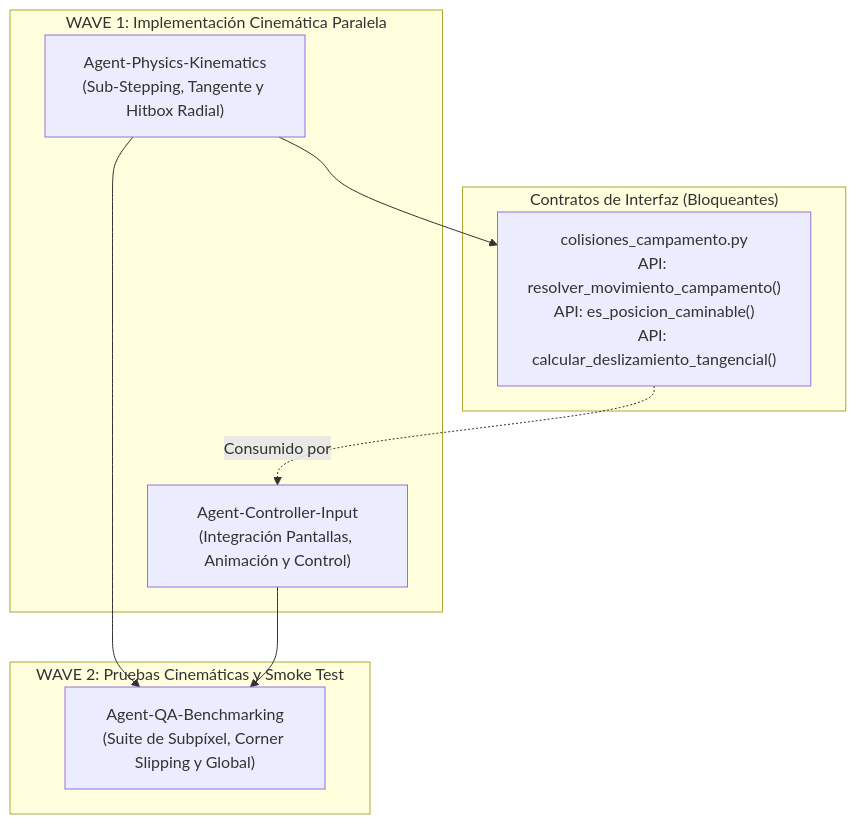
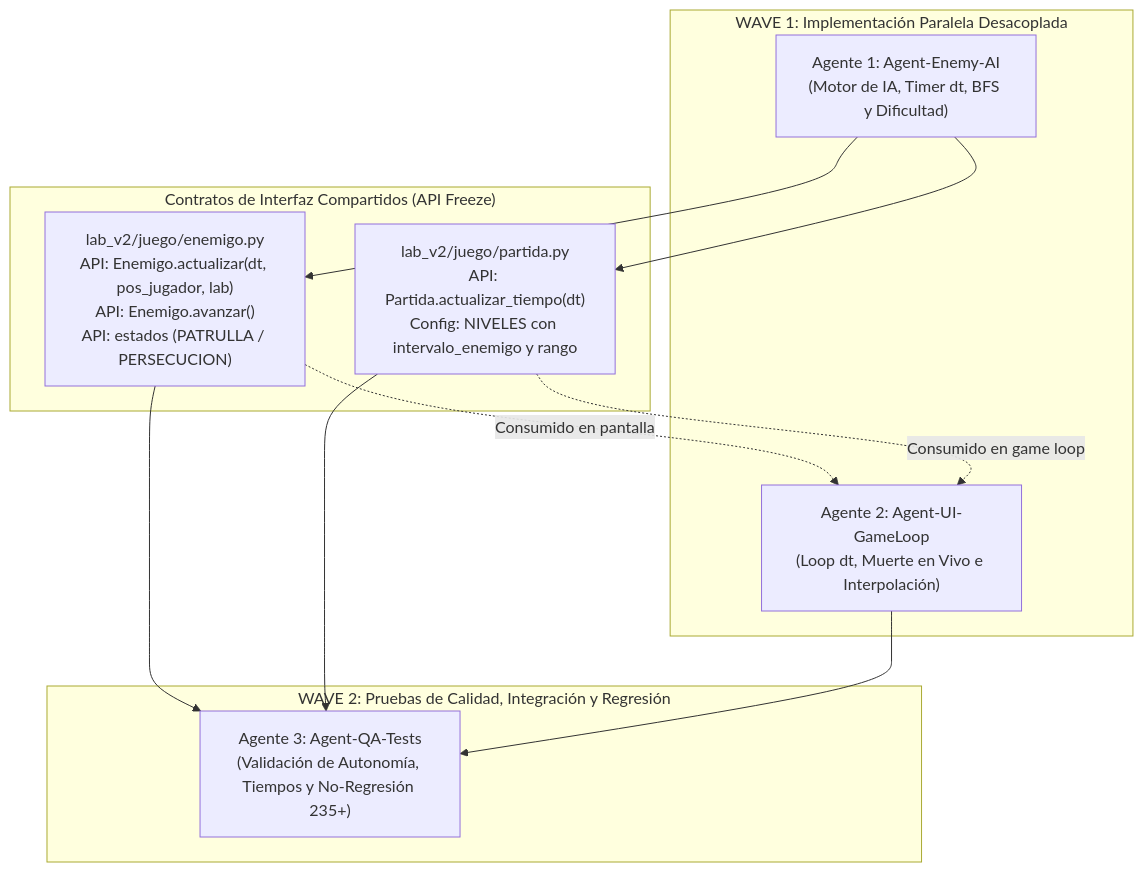
One commit to Montoyaescobar/Un-juego-sobre-un-laberinto changed the diagram in TASKS.md. Above: the diagram before and after it, drawn with Mermaid. The commit also changed other lines of this file and 15 other files, not shown here.

````diff
--- a/TASKS.md
+++ b/TASKS.md
@@ -18,20 +20,24 @@
 ```mermaid
 graph TD
-    subgraph "WAVE 1: Implementación Cinemática Paralela"
-        A1["Agent-Physics-Kinematics<br/>(Sub-Stepping, Tangente y Hitbox Radial)"]
-        A2["Agent-Controller-Input<br/>(Integración Pantallas, Animación y Control)"]
+    subgraph "WAVE 1: Implementación Paralela Desacoplada"
+        A1["Agente 1: Agent-Enemy-AI<br/>(Motor de IA, Timer dt, BFS y Dificultad)"]
+        A2["Agente 2: Agent-UI-GameLoop<br/>(Loop dt, Muerte en Vivo e Interpolación)"]
     end
 
-    subgraph "Contratos de Interfaz (Bloqueantes)"
-        C1["colisiones_campamento.py<br/>API: resolver_movimiento_campamento()<br/>API: es_posicion_caminable()<br/>API: calcular_deslizamiento_tangencial()"]
+    subgraph "Contratos de Interfaz Compartidos (API Freeze)"
+        C1["lab_v2/juego/enemigo.py<br/>API: Enemigo.actualizar(dt, pos_jugador, lab)<br/>API: Enemigo.avanzar()<br/>API: estados (PATRULLA / PERSECUCION)"]
+        C2["lab_v2/juego/partida.py<br/>API: Partida.actualizar_tiempo(dt)<br/>Config: NIVELES con intervalo_enemigo y rango"]
     end
 
-    subgraph "WAVE 2: Pruebas Cinemáticas y Smoke Test"
-        A3["Agent-QA-Benchmarking<br/>(Suite de Subpíxel, Corner Slipping y Global)"]
+    subgraph "WAVE 2: Pruebas de Calidad, Integración y Regresión"
+        A3["Agente 3: Agent-QA-Tests<br/>(Validación de Autonomía, Tiempos y No-Regresión 235+)"]
     end
 
     A1 --> C1
-    C1 -. Consumido por .-> A2
-    A1 --> A3
+    A1 --> C2
+    C1 -. Consumido en pantalla .-> A2
+    C2 -. Consumido en game loop .-> A2
+    C1 --> A3
+    C2 --> A3
     A2 --> A3
 ```
````
